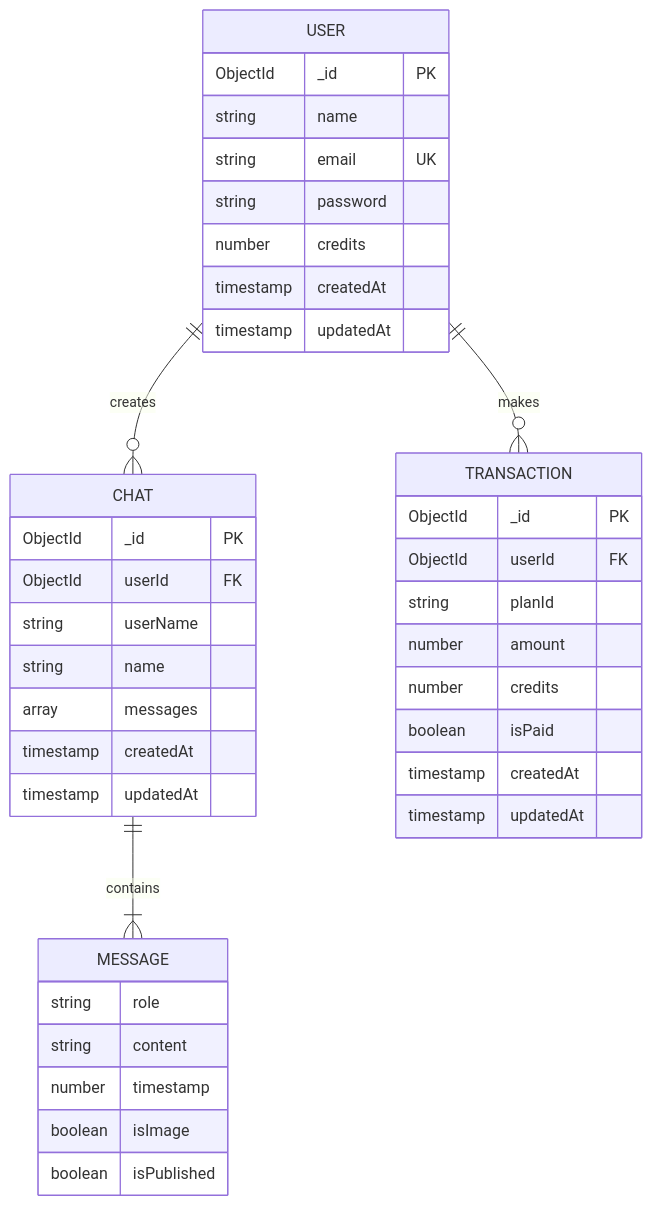
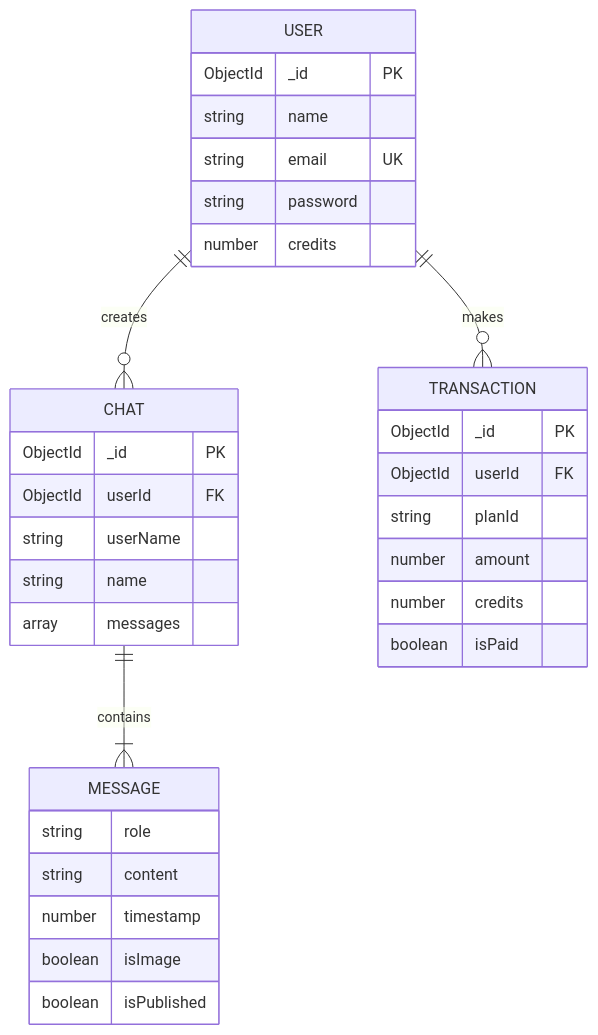
The second of 2 diagrams in README.md (VIKRAMANR7/AuroraAI), drawn with Mermaid before and after one commit. The commit also changed other lines of this file, not shown here.

````diff
--- a/README.md
+++ b/README.md
@@ -180,45 +70,39 @@
 ```mermaid
 erDiagram
     USER ||--o{ CHAT : creates
     USER ||--o{ TRANSACTION : makes
     CHAT ||--|{ MESSAGE : contains
 
     USER {
         ObjectId _id PK
         string name
         string email UK
         string password
         number credits
-        timestamp createdAt
-        timestamp updatedAt
     }
 
     CHAT {
         ObjectId _id PK
         ObjectId userId FK
         string userName
         string name
         array messages
-        timestamp createdAt
-        timestamp updatedAt
     }
 
     MESSAGE {
         string role
         string content
         number timestamp
         boolean isImage
         boolean isPublished
     }
 
     TRANSACTION {
         ObjectId _id PK
         ObjectId userId FK
         string planId
         number amount
         number credits
         boolean isPaid
-        timestamp createdAt
-        timestamp updatedAt
     }
 ```
````
